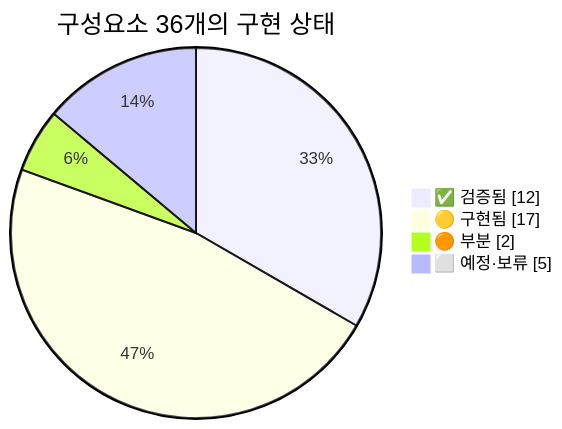
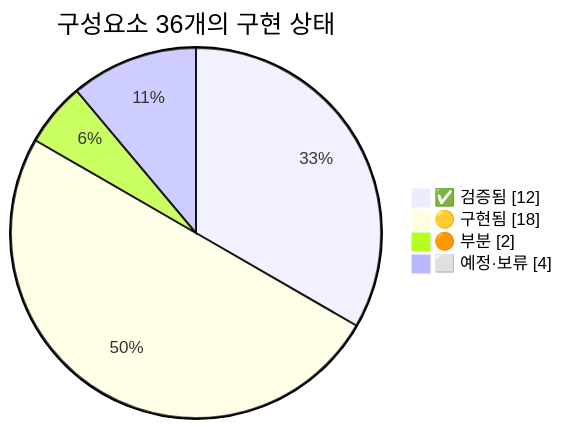
One commit to Youngmin17/TriCast changed the fifth of 6 diagrams in docs/SPEC.md. Above: the diagram before and after it, drawn with Mermaid. The commit also changed other lines of this file and 5 other files, not shown here.

````diff
--- a/docs/SPEC.md
+++ b/docs/SPEC.md
@@ -516,8 +520,8 @@
 ```mermaid
 pie showData
     title 구성요소 36개의 구현 상태
     "✅ 검증됨" : 12
-    "🟡 구현됨" : 17
+    "🟡 구현됨" : 18
     "🟠 부분" : 2
-    "⬜ 예정·보류" : 5
+    "⬜ 예정·보류" : 4
 ```
````
